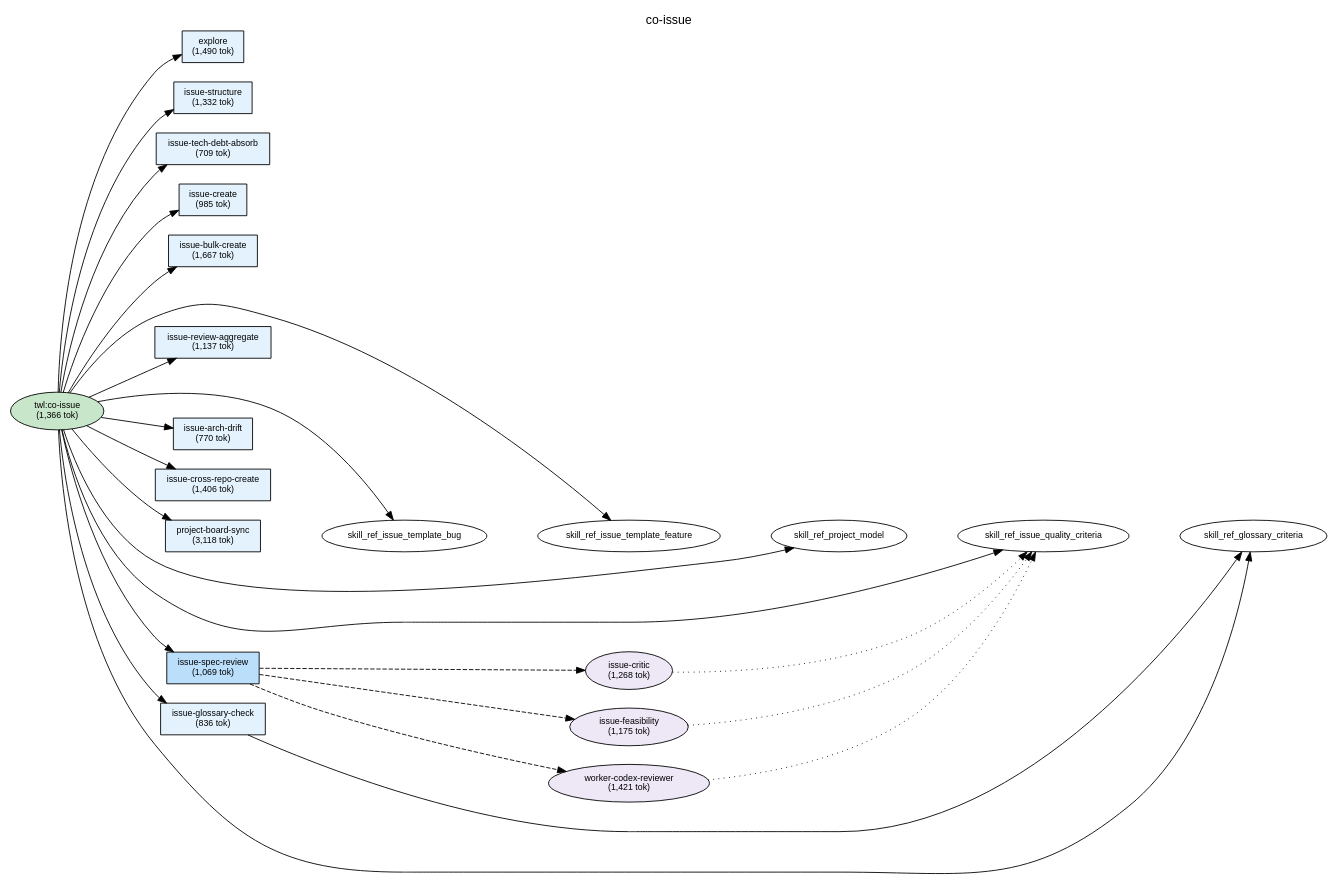
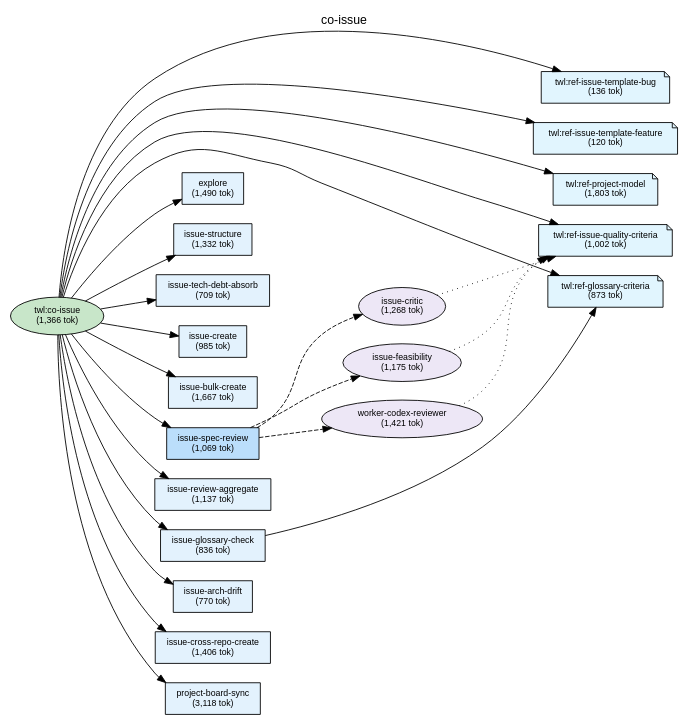
One commit to shuu5/twill changed the diagram in plugins/twl/docs/deps-co-issue.dot. Above: the diagram before and after it, drawn with Graphviz. The commit also changed 24 other files, not shown here.

```diff
--- a/plugins/twl/docs/deps-co-issue.dot
+++ b/plugins/twl/docs/deps-co-issue.dot
@@ -1,95 +1,101 @@
 digraph Dependencies {
     // Graph settings
     rankdir=LR;
     ranksep=0.8;
     nodesep=0.3;
     fontname="Helvetica";
     node [fontname="Helvetica", fontsize=10];
     edge [fontname="Helvetica", fontsize=9];
     label="co-issue";
     labelloc=t;
     fontsize=14;
 
     // L0: Controller Skills
     skill_co_issue [label="twl:co-issue\n(1,366 tok)", shape=ellipse, style=filled, fillcolor="#c8e6c9"];
 
     // L0: Launchers
 
     // L0.5: Workflow Skills
 
     // Reference Skills
+    skill_ref_issue_template_bug [label="twl:ref-issue-template-bug\n(136 tok)", shape=note, style=filled, fillcolor="#e1f5fe"];
+    skill_ref_issue_template_feature [label="twl:ref-issue-template-feature\n(120 tok)", shape=note, style=filled, fillcolor="#e1f5fe"];
+    skill_ref_project_model [label="twl:ref-project-model\n(1,803 tok)", shape=note, style=filled, fillcolor="#e1f5fe"];
+    skill_ref_issue_quality_criteria [label="twl:ref-issue-quality-criteria\n(1,002 tok)", shape=note, style=filled, fillcolor="#e1f5fe"];
+    skill_ref_glossary_criteria [label="twl:ref-glossary-criteria\n(873 tok)", shape=note, style=filled, fillcolor="#e1f5fe"];
 
     // L1: Direct Commands
     cmd_issue_structure [label="issue-structure\n(1,332 tok)", shape=box, style=filled, fillcolor="#e3f2fd"];
     cmd_issue_create [label="issue-create\n(985 tok)", shape=box, style=filled, fillcolor="#e3f2fd"];
     cmd_issue_bulk_create [label="issue-bulk-create\n(1,667 tok)", shape=box, style=filled, fillcolor="#e3f2fd"];
     cmd_issue_tech_debt_absorb [label="issue-tech-debt-absorb\n(709 tok)", shape=box, style=filled, fillcolor="#e3f2fd"];
     cmd_issue_spec_review [label="issue-spec-review\n(1,069 tok)", shape=box, style=filled, fillcolor="#bbdefb"];
     cmd_issue_review_aggregate [label="issue-review-aggregate\n(1,137 tok)", shape=box, style=filled, fillcolor="#e3f2fd"];
     cmd_issue_glossary_check [label="issue-glossary-check\n(836 tok)", shape=box, style=filled, fillcolor="#e3f2fd"];
     cmd_issue_arch_drift [label="issue-arch-drift\n(770 tok)", shape=box, style=filled, fillcolor="#e3f2fd"];
     cmd_issue_cross_repo_create [label="issue-cross-repo-create\n(1,406 tok)", shape=box, style=filled, fillcolor="#e3f2fd"];
     cmd_project_board_sync [label="project-board-sync\n(3,118 tok)", shape=box, style=filled, fillcolor="#e3f2fd"];
     cmd_explore [label="explore\n(1,490 tok)", shape=box, style=filled, fillcolor="#e3f2fd"];
 
     // L2: Sub Commands
 
     // L3: Agents
     agent_issue_critic [label="issue-critic\n(1,268 tok)", shape=ellipse, style=filled, fillcolor="#ede7f6"];
     agent_issue_feasibility [label="issue-feasibility\n(1,175 tok)", shape=ellipse, style=filled, fillcolor="#ede7f6"];
     agent_worker_codex_reviewer [label="worker-codex-reviewer\n(1,421 tok)", shape=ellipse, style=filled, fillcolor="#ede7f6"];
 
     // L3.5: Scripts
 
     // L4: External
 
     // Layer constraints
     { rank=same; skill_co_issue; }
+    { rank=same; skill_ref_issue_template_bug; skill_ref_issue_template_feature; skill_ref_project_model; skill_ref_issue_quality_criteria; skill_ref_glossary_criteria; }
     { rank=same; cmd_issue_structure; cmd_issue_create; cmd_issue_bulk_create; cmd_issue_tech_debt_absorb; cmd_issue_spec_review; cmd_issue_review_aggregate; cmd_issue_glossary_check; cmd_issue_arch_drift; cmd_issue_cross_repo_create; cmd_project_board_sync; cmd_explore; }
     { rank=same; agent_issue_critic; agent_issue_feasibility; agent_worker_codex_reviewer; }
 
     // Edges
     skill_co_issue -> cmd_explore;
     skill_co_issue -> cmd_issue_structure;
     skill_co_issue -> cmd_issue_tech_debt_absorb;
     skill_co_issue -> cmd_issue_create;
     skill_co_issue -> cmd_issue_bulk_create;
     skill_co_issue -> cmd_issue_spec_review;
     skill_co_issue -> cmd_issue_review_aggregate;
     skill_co_issue -> cmd_issue_glossary_check;
     skill_co_issue -> cmd_issue_arch_drift;
     skill_co_issue -> cmd_issue_cross_repo_create;
     skill_co_issue -> cmd_project_board_sync;
     skill_co_issue -> skill_ref_issue_template_bug;
     skill_co_issue -> skill_ref_issue_template_feature;
     skill_co_issue -> skill_ref_project_model;
     skill_co_issue -> skill_ref_issue_quality_criteria;
     skill_co_issue -> skill_ref_glossary_criteria;
     cmd_issue_spec_review -> agent_issue_critic [style=dashed];
     cmd_issue_spec_review -> agent_issue_feasibility [style=dashed];
     cmd_issue_spec_review -> agent_worker_codex_reviewer [style=dashed];
     cmd_issue_glossary_check -> skill_ref_glossary_criteria;
     agent_issue_critic -> skill_ref_issue_quality_criteria [style=dotted];
     agent_issue_feasibility -> skill_ref_issue_quality_criteria [style=dotted];
     agent_worker_codex_reviewer -> skill_ref_issue_quality_criteria [style=dotted];
 
     // Ordering constraints (invisible edges)
     cmd_explore -> cmd_issue_structure [style=invis, weight=10];
     cmd_issue_structure -> cmd_issue_tech_debt_absorb [style=invis, weight=10];
     cmd_issue_tech_debt_absorb -> cmd_issue_create [style=invis, weight=10];
     cmd_issue_create -> cmd_issue_bulk_create [style=invis, weight=10];
     cmd_issue_bulk_create -> cmd_issue_spec_review [style=invis, weight=10];
     cmd_issue_spec_review -> cmd_issue_review_aggregate [style=invis, weight=10];
     cmd_issue_review_aggregate -> cmd_issue_glossary_check [style=invis, weight=10];
     cmd_issue_glossary_check -> cmd_issue_arch_drift [style=invis, weight=10];
     cmd_issue_arch_drift -> cmd_issue_cross_repo_create [style=invis, weight=10];
     cmd_issue_cross_repo_create -> cmd_project_board_sync [style=invis, weight=10];
     cmd_project_board_sync -> skill_ref_issue_template_bug [style=invis, weight=10];
     skill_ref_issue_template_bug -> skill_ref_issue_template_feature [style=invis, weight=10];
     skill_ref_issue_template_feature -> skill_ref_project_model [style=invis, weight=10];
     skill_ref_project_model -> skill_ref_issue_quality_criteria [style=invis, weight=10];
     skill_ref_issue_quality_criteria -> skill_ref_glossary_criteria [style=invis, weight=10];
     agent_issue_critic -> agent_issue_feasibility [style=invis, weight=10];
     agent_issue_feasibility -> agent_worker_codex_reviewer [style=invis, weight=10];
 
 }
```
